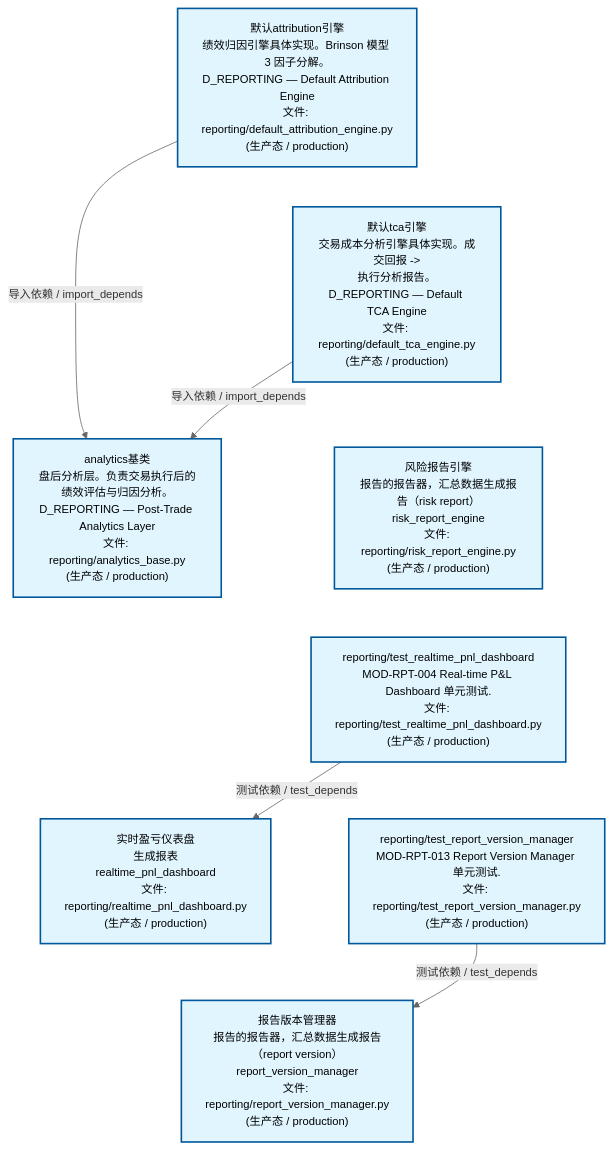
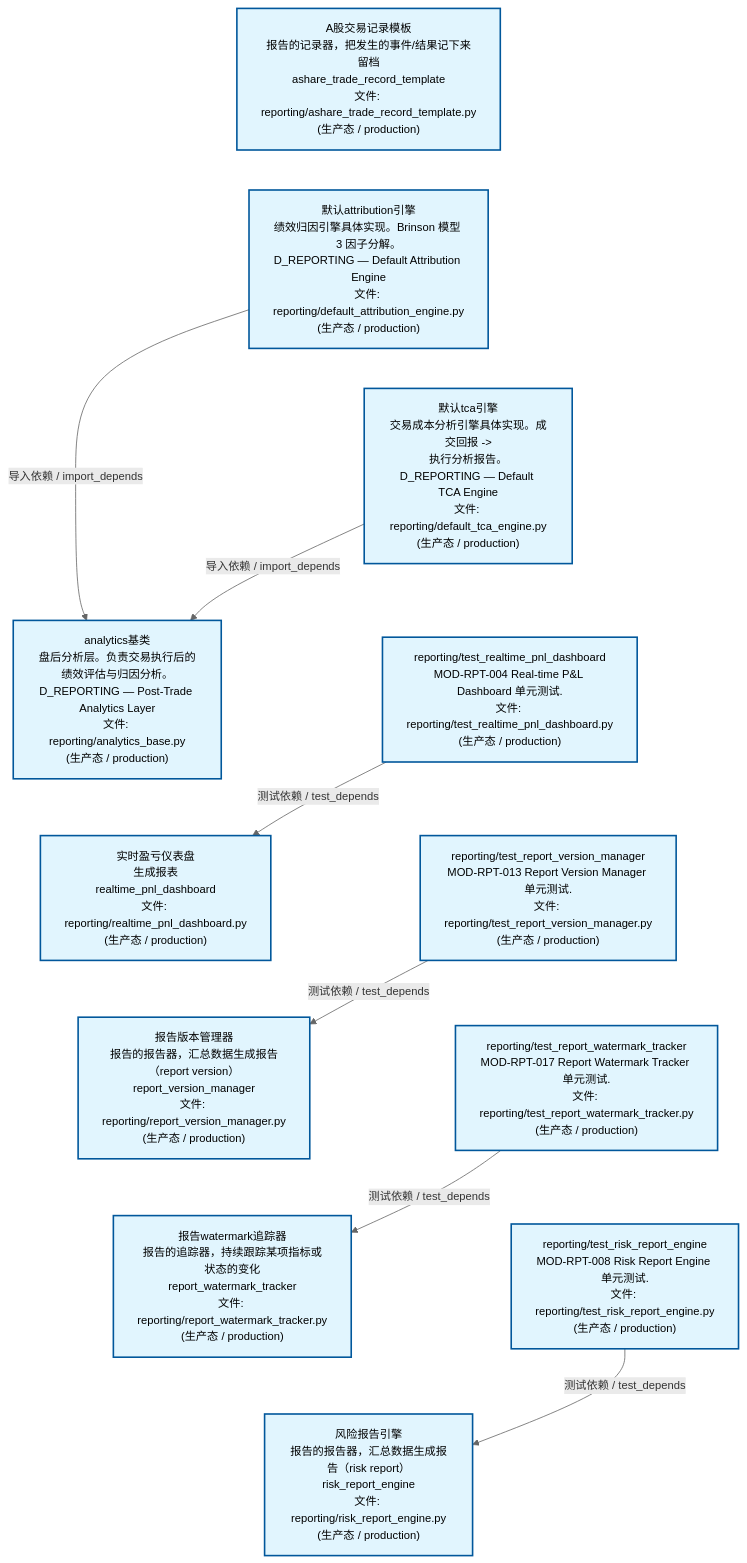
Before and after one commit to xuanFelixVan/ZephyrAlpha: the second of 4 diagrams in docs/02_enterprise_architecture/02_domain_architecture_docs/26_d_reporting.md, drawn with Mermaid. The commit also changed other lines of this file and 49 other files, not shown here.

````diff
--- a/docs/02_enterprise_architecture/02_domain_architecture_docs/26_d_reporting.md
+++ b/docs/02_enterprise_architecture/02_domain_architecture_docs/26_d_reporting.md
@@ -135,27 +141,37 @@
 ```mermaid
 %%{init: {'theme': 'base', 'themeVariables': {'primaryColor': '#eaeaea', 'primaryTextColor': '#333333', 'primaryBorderColor': '#666666', 'lineColor': '#666666', 'secondaryColor': '#eaeaea', 'tertiaryColor': '#eaeaea', 'fontSize': '14px'}}}%%
 flowchart TD
+    src_zephyr_reporting_ashare_trade_record_template_py["A股交易记录模板<br/>报告的记录器，把发生的事件/结果记下来留档<br/>ashare_trade_record_template<br/>文件: reporting/ashare_trade_record_template.py<br/>(生产态 / production)"]
     src_zephyr_reporting_default_attribution_engine_py["默认attribution引擎<br/>绩效归因引擎具体实现。Brinson 模型 3 因子分解。<br/>D_REPORTING — Default Attribution Engine<br/>文件: reporting/default_attribution_engine.py<br/>(生产态 / production)"]
     src_zephyr_reporting_default_tca_engine_py["默认tca引擎<br/>交易成本分析引擎具体实现。成交回报 -><br/>执行分析报告。<br/>D_REPORTING — Default TCA Engine<br/>文件: reporting/default_tca_engine.py<br/>(生产态 / production)"]
-    src_zephyr_reporting_risk_report_engine_py["风险报告引擎<br/>报告的报告器，汇总数据生成报告（risk report）<br/>risk_report_engine<br/>文件: reporting/risk_report_engine.py<br/>(生产态 / production)"]
     tests_reporting_test_realtime_pnl_dashboard_py["reporting/test_realtime_pnl_dashboard<br/>MOD-RPT-004 Real-time P&L Dashboard 单元测试.<br/>文件: reporting/test_realtime_pnl_dashboard.py<br/>(生产态 / production)"]
     tests_reporting_test_report_version_manager_py["reporting/test_report_version_manager<br/>MOD-RPT-013 Report Version Manager 单元测试.<br/>文件: reporting/test_report_version_manager.py<br/>(生产态 / production)"]
+    tests_reporting_test_report_watermark_tracker_py["reporting/test_report_watermark_tracker<br/>MOD-RPT-017 Report Watermark Tracker 单元测试.<br/>文件: reporting/test_report_watermark_tracker.py<br/>(生产态 / production)"]
+    tests_reporting_test_risk_report_engine_py["reporting/test_risk_report_engine<br/>MOD-RPT-008 Risk Report Engine 单元测试.<br/>文件: reporting/test_risk_report_engine.py<br/>(生产态 / production)"]
+    src_zephyr_reporting_ashare_trade_record_template_py ~~~ src_zephyr_reporting_default_attribution_engine_py
     src_zephyr_reporting_default_attribution_engine_py ~~~ src_zephyr_reporting_default_tca_engine_py
-    src_zephyr_reporting_default_tca_engine_py ~~~ src_zephyr_reporting_risk_report_engine_py
-    src_zephyr_reporting_risk_report_engine_py ~~~ tests_reporting_test_realtime_pnl_dashboard_py
+    src_zephyr_reporting_default_tca_engine_py ~~~ tests_reporting_test_realtime_pnl_dashboard_py
     tests_reporting_test_realtime_pnl_dashboard_py ~~~ tests_reporting_test_report_version_manager_py
+    tests_reporting_test_report_version_manager_py ~~~ tests_reporting_test_report_watermark_tracker_py
+    tests_reporting_test_report_watermark_tracker_py ~~~ tests_reporting_test_risk_report_engine_py
     src_zephyr_reporting_analytics_base_py["analytics基类<br/>盘后分析层。负责交易执行后的绩效评估与归因分析。<br/>D_REPORTING — Post-Trade Analytics Layer<br/>文件: reporting/analytics_base.py<br/>(生产态 / production)"]
     src_zephyr_reporting_realtime_pnl_dashboard_py["实时盈亏仪表盘<br/>生成报表<br/>realtime_pnl_dashboard<br/>文件: reporting/realtime_pnl_dashboard.py<br/>(生产态 / production)"]
     src_zephyr_reporting_report_version_manager_py["报告版本管理器<br/>报告的报告器，汇总数据生成报告（report version）<br/>report_version_manager<br/>文件: reporting/report_version_manager.py<br/>(生产态 / production)"]
+    src_zephyr_reporting_report_watermark_tracker_py["报告watermark追踪器<br/>报告的追踪器，持续跟踪某项指标或状态的变化<br/>report_watermark_tracker<br/>文件: reporting/report_watermark_tracker.py<br/>(生产态 / production)"]
+    src_zephyr_reporting_risk_report_engine_py["风险报告引擎<br/>报告的报告器，汇总数据生成报告（risk report）<br/>risk_report_engine<br/>文件: reporting/risk_report_engine.py<br/>(生产态 / production)"]
     src_zephyr_reporting_analytics_base_py ~~~ src_zephyr_reporting_realtime_pnl_dashboard_py
     src_zephyr_reporting_realtime_pnl_dashboard_py ~~~ src_zephyr_reporting_report_version_manager_py
+    src_zephyr_reporting_report_version_manager_py ~~~ src_zephyr_reporting_report_watermark_tracker_py
+    src_zephyr_reporting_report_watermark_tracker_py ~~~ src_zephyr_reporting_risk_report_engine_py
     src_zephyr_reporting_default_attribution_engine_py -->|导入依赖 / import_depends| src_zephyr_reporting_analytics_base_py
     src_zephyr_reporting_default_tca_engine_py -->|导入依赖 / import_depends| src_zephyr_reporting_analytics_base_py
     tests_reporting_test_realtime_pnl_dashboard_py -->|测试依赖 / test_depends| src_zephyr_reporting_realtime_pnl_dashboard_py
     tests_reporting_test_report_version_manager_py -->|测试依赖 / test_depends| src_zephyr_reporting_report_version_manager_py
+    tests_reporting_test_risk_report_engine_py -->|测试依赖 / test_depends| src_zephyr_reporting_risk_report_engine_py
+    tests_reporting_test_report_watermark_tracker_py -->|测试依赖 / test_depends| src_zephyr_reporting_report_watermark_tracker_py
     classDef production fill:#e1f5fe,stroke:#01579b,stroke-width:2px,color:#000
     classDef design fill:#fff3e0,stroke:#e65100,stroke-width:2px,color:#000,stroke-dasharray: 5 5
     classDef external_prod fill:#e8f4fd,stroke:#0277bd,stroke-width:1px,color:#000
     classDef external_design fill:#fff8e7,stroke:#ef6c00,stroke-width:1px,color:#000,stroke-dasharray: 5 5
-    class src_zephyr_reporting_analytics_base_py,src_zephyr_reporting_default_attribution_engine_py,src_zephyr_reporting_default_tca_engine_py,src_zephyr_reporting_realtime_pnl_dashboard_py,src_zephyr_reporting_report_version_manager_py,src_zephyr_reporting_risk_report_engine_py,tests_reporting_test_realtime_pnl_dashboard_py,tests_reporting_test_report_version_manager_py production
+    class src_zephyr_reporting_analytics_base_py,src_zephyr_reporting_ashare_trade_record_template_py,src_zephyr_reporting_default_attribution_engine_py,src_zephyr_reporting_default_tca_engine_py,src_zephyr_reporting_realtime_pnl_dashboard_py,src_zephyr_reporting_report_version_manager_py,src_zephyr_reporting_report_watermark_tracker_py,src_zephyr_reporting_risk_report_engine_py,tests_reporting_test_realtime_pnl_dashboard_py,tests_reporting_test_report_version_manager_py,tests_reporting_test_report_watermark_tracker_py,tests_reporting_test_risk_report_engine_py production
 ```
````
